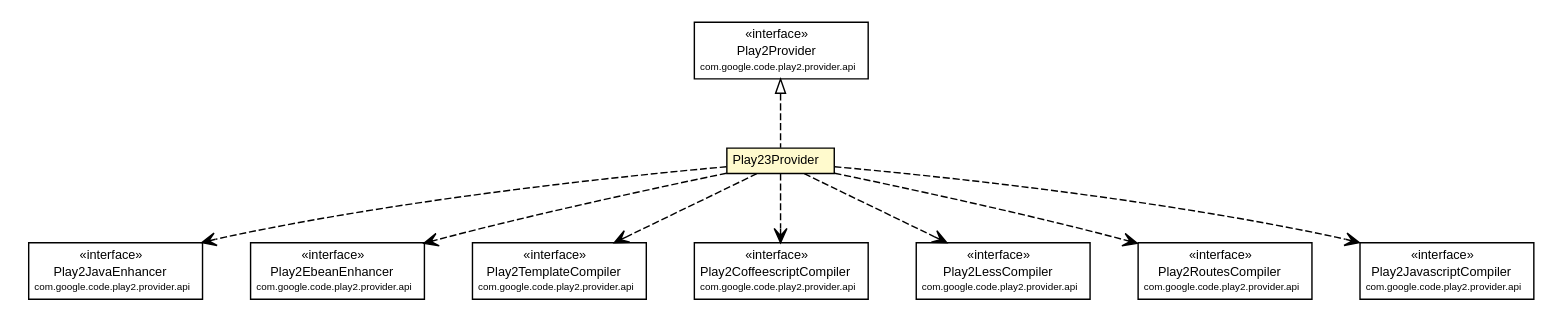
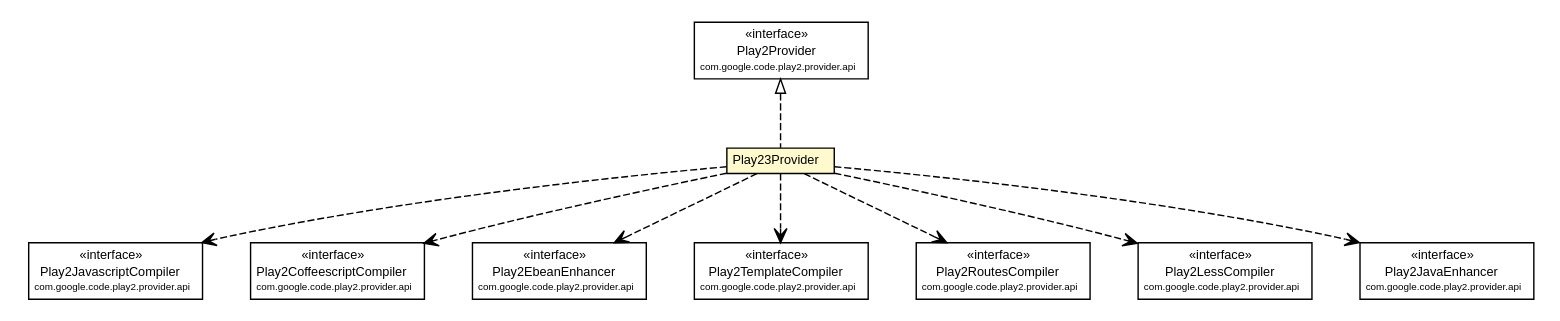
One commit to wouterhardeman/play2-maven-plugin changed the diagram in mavensite/1.0.0-alpha8/play2-providers/play2-provider-play23/apidocs/com/google/code/play2/provider/play23/Play23Provider.dot. Above: the diagram before and after it, drawn with Graphviz. The commit also changed 599 other files, not shown here.

```diff
--- a/mavensite/1.0.0-alpha8/play2-providers/play2-provider-play23/apidocs/com/google/code/play2/provider/play23/Play23Provider.dot
+++ b/mavensite/1.0.0-alpha8/play2-providers/play2-provider-play23/apidocs/com/google/code/play2/provider/play23/Play23Provider.dot
@@ -17,82 +17,82 @@
 		</table>>, URL="./Play23Provider.html", fontname="arial", fontcolor="black", fontsize=9.0];
 	//com.google.code.play2.provider.play23.Play23Provider implements com.google.code.play2.provider.api.Play2Provider
 	c186:p -> c177:p [dir=back,arrowtail=empty,style=dashed];
+	// com.google.code.play2.provider.play23.Play23Provider DEPEND com.google.code.play2.provider.api.Play2JavascriptCompiler
+	c177:p -> c187:p [taillabel="", label="", headlabel="", fontname="arial", fontcolor="black", fontsize=10.0, color="black", arrowhead=open, style=dashed];
+	// com.google.code.play2.provider.play23.Play23Provider DEPEND com.google.code.play2.provider.api.Play2CoffeescriptCompiler
+	c177:p -> c188:p [taillabel="", label="", headlabel="", fontname="arial", fontcolor="black", fontsize=10.0, color="black", arrowhead=open, style=dashed];
+	// com.google.code.play2.provider.play23.Play23Provider DEPEND com.google.code.play2.provider.api.Play2EbeanEnhancer
+	c177:p -> c189:p [taillabel="", label="", headlabel="", fontname="arial", fontcolor="black", fontsize=10.0, color="black", arrowhead=open, style=dashed];
+	// com.google.code.play2.provider.play23.Play23Provider DEPEND com.google.code.play2.provider.api.Play2TemplateCompiler
+	c177:p -> c190:p [taillabel="", label="", headlabel="", fontname="arial", fontcolor="black", fontsize=10.0, color="black", arrowhead=open, style=dashed];
+	// com.google.code.play2.provider.play23.Play23Provider DEPEND com.google.code.play2.provider.api.Play2RoutesCompiler
+	c177:p -> c191:p [taillabel="", label="", headlabel="", fontname="arial", fontcolor="black", fontsize=10.0, color="black", arrowhead=open, style=dashed];
+	// com.google.code.play2.provider.play23.Play23Provider DEPEND com.google.code.play2.provider.api.Play2LessCompiler
+	c177:p -> c192:p [taillabel="", label="", headlabel="", fontname="arial", fontcolor="black", fontsize=10.0, color="black", arrowhead=open, style=dashed];
 	// com.google.code.play2.provider.play23.Play23Provider DEPEND com.google.code.play2.provider.api.Play2JavaEnhancer
-	c177:p -> c187:p [taillabel="", label="", headlabel="", fontname="arial", fontcolor="black", fontsize=10.0, color="black", arrowhead=open, style=dashed];
-	// com.google.code.play2.provider.play23.Play23Provider DEPEND com.google.code.play2.provider.api.Play2EbeanEnhancer
-	c177:p -> c188:p [taillabel="", label="", headlabel="", fontname="arial", fontcolor="black", fontsize=10.0, color="black", arrowhead=open, style=dashed];
-	// com.google.code.play2.provider.play23.Play23Provider DEPEND com.google.code.play2.provider.api.Play2TemplateCompiler
-	c177:p -> c189:p [taillabel="", label="", headlabel="", fontname="arial", fontcolor="black", fontsize=10.0, color="black", arrowhead=open, style=dashed];
-	// com.google.code.play2.provider.play23.Play23Provider DEPEND com.google.code.play2.provider.api.Play2CoffeescriptCompiler
-	c177:p -> c190:p [taillabel="", label="", headlabel="", fontname="arial", fontcolor="black", fontsize=10.0, color="black", arrowhead=open, style=dashed];
-	// com.google.code.play2.provider.play23.Play23Provider DEPEND com.google.code.play2.provider.api.Play2LessCompiler
-	c177:p -> c191:p [taillabel="", label="", headlabel="", fontname="arial", fontcolor="black", fontsize=10.0, color="black", arrowhead=open, style=dashed];
-	// com.google.code.play2.provider.play23.Play23Provider DEPEND com.google.code.play2.provider.api.Play2RoutesCompiler
-	c177:p -> c192:p [taillabel="", label="", headlabel="", fontname="arial", fontcolor="black", fontsize=10.0, color="black", arrowhead=open, style=dashed];
-	// com.google.code.play2.provider.play23.Play23Provider DEPEND com.google.code.play2.provider.api.Play2JavascriptCompiler
 	c177:p -> c193:p [taillabel="", label="", headlabel="", fontname="arial", fontcolor="black", fontsize=10.0, color="black", arrowhead=open, style=dashed];
 	// com.google.code.play2.provider.api.Play2EbeanEnhancer
-	c188 [label=<<table title="com.google.code.play2.provider.api.Play2EbeanEnhancer" border="0" cellborder="1" cellspacing="0" cellpadding="2" port="p" href="https://play2-maven-plugin.googlecode.com/svn/mavensite/1.0.0-alpha8-SNAPSHOT/play2-provider-api/apidocs/com/google/code/play2/provider/api/Play2EbeanEnhancer.html">
+	c189 [label=<<table title="com.google.code.play2.provider.api.Play2EbeanEnhancer" border="0" cellborder="1" cellspacing="0" cellpadding="2" port="p" href="https://play2-maven-plugin.googlecode.com/svn/mavensite/1.0.0-alpha8/play2-provider-api/apidocs/com/google/code/play2/provider/api/Play2EbeanEnhancer.html">
 		<tr><td><table border="0" cellspacing="0" cellpadding="1">
 <tr><td align="center" balign="center"> &#171;interface&#187; </td></tr>
 <tr><td align="center" balign="center"> Play2EbeanEnhancer </td></tr>
 <tr><td align="center" balign="center"><font point-size="7.0"> com.google.code.play2.provider.api </font></td></tr>
 		</table></td></tr>
-		</table>>, URL="https://play2-maven-plugin.googlecode.com/svn/mavensite/1.0.0-alpha8-SNAPSHOT/play2-provider-api/apidocs/com/google/code/play2/provider/api/Play2EbeanEnhancer.html", fontname="arial", fontcolor="black", fontsize=9.0];
+		</table>>, URL="https://play2-maven-plugin.googlecode.com/svn/mavensite/1.0.0-alpha8/play2-provider-api/apidocs/com/google/code/play2/provider/api/Play2EbeanEnhancer.html", fontname="arial", fontcolor="black", fontsize=9.0];
 	// com.google.code.play2.provider.api.Play2LessCompiler
-	c191 [label=<<table title="com.google.code.play2.provider.api.Play2LessCompiler" border="0" cellborder="1" cellspacing="0" cellpadding="2" port="p" href="https://play2-maven-plugin.googlecode.com/svn/mavensite/1.0.0-alpha8-SNAPSHOT/play2-provider-api/apidocs/com/google/code/play2/provider/api/Play2LessCompiler.html">
+	c192 [label=<<table title="com.google.code.play2.provider.api.Play2LessCompiler" border="0" cellborder="1" cellspacing="0" cellpadding="2" port="p" href="https://play2-maven-plugin.googlecode.com/svn/mavensite/1.0.0-alpha8/play2-provider-api/apidocs/com/google/code/play2/provider/api/Play2LessCompiler.html">
 		<tr><td><table border="0" cellspacing="0" cellpadding="1">
 <tr><td align="center" balign="center"> &#171;interface&#187; </td></tr>
 <tr><td align="center" balign="center"> Play2LessCompiler </td></tr>
 <tr><td align="center" balign="center"><font point-size="7.0"> com.google.code.play2.provider.api </font></td></tr>
 		</table></td></tr>
-		</table>>, URL="https://play2-maven-plugin.googlecode.com/svn/mavensite/1.0.0-alpha8-SNAPSHOT/play2-provider-api/apidocs/com/google/code/play2/provider/api/Play2LessCompiler.html", fontname="arial", fontcolor="black", fontsize=9.0];
+		</table>>, URL="https://play2-maven-plugin.googlecode.com/svn/mavensite/1.0.0-alpha8/play2-provider-api/apidocs/com/google/code/play2/provider/api/Play2LessCompiler.html", fontname="arial", fontcolor="black", fontsize=9.0];
 	// com.google.code.play2.provider.api.Play2CoffeescriptCompiler
-	c190 [label=<<table title="com.google.code.play2.provider.api.Play2CoffeescriptCompiler" border="0" cellborder="1" cellspacing="0" cellpadding="2" port="p" href="https://play2-maven-plugin.googlecode.com/svn/mavensite/1.0.0-alpha8-SNAPSHOT/play2-provider-api/apidocs/com/google/code/play2/provider/api/Play2CoffeescriptCompiler.html">
+	c188 [label=<<table title="com.google.code.play2.provider.api.Play2CoffeescriptCompiler" border="0" cellborder="1" cellspacing="0" cellpadding="2" port="p" href="https://play2-maven-plugin.googlecode.com/svn/mavensite/1.0.0-alpha8/play2-provider-api/apidocs/com/google/code/play2/provider/api/Play2CoffeescriptCompiler.html">
 		<tr><td><table border="0" cellspacing="0" cellpadding="1">
 <tr><td align="center" balign="center"> &#171;interface&#187; </td></tr>
 <tr><td align="center" balign="center"> Play2CoffeescriptCompiler </td></tr>
 <tr><td align="center" balign="center"><font point-size="7.0"> com.google.code.play2.provider.api </font></td></tr>
 		</table></td></tr>
-		</table>>, URL="https://play2-maven-plugin.googlecode.com/svn/mavensite/1.0.0-alpha8-SNAPSHOT/play2-provider-api/apidocs/com/google/code/play2/provider/api/Play2CoffeescriptCompiler.html", fontname="arial", fontcolor="black", fontsize=9.0];
+		</table>>, URL="https://play2-maven-plugin.googlecode.com/svn/mavensite/1.0.0-alpha8/play2-provider-api/apidocs/com/google/code/play2/provider/api/Play2CoffeescriptCompiler.html", fontname="arial", fontcolor="black", fontsize=9.0];
 	// com.google.code.play2.provider.api.Play2JavaEnhancer
-	c187 [label=<<table title="com.google.code.play2.provider.api.Play2JavaEnhancer" border="0" cellborder="1" cellspacing="0" cellpadding="2" port="p" href="https://play2-maven-plugin.googlecode.com/svn/mavensite/1.0.0-alpha8-SNAPSHOT/play2-provider-api/apidocs/com/google/code/play2/provider/api/Play2JavaEnhancer.html">
+	c193 [label=<<table title="com.google.code.play2.provider.api.Play2JavaEnhancer" border="0" cellborder="1" cellspacing="0" cellpadding="2" port="p" href="https://play2-maven-plugin.googlecode.com/svn/mavensite/1.0.0-alpha8/play2-provider-api/apidocs/com/google/code/play2/provider/api/Play2JavaEnhancer.html">
 		<tr><td><table border="0" cellspacing="0" cellpadding="1">
 <tr><td align="center" balign="center"> &#171;interface&#187; </td></tr>
 <tr><td align="center" balign="center"> Play2JavaEnhancer </td></tr>
 <tr><td align="center" balign="center"><font point-size="7.0"> com.google.code.play2.provider.api </font></td></tr>
 		</table></td></tr>
-		</table>>, URL="https://play2-maven-plugin.googlecode.com/svn/mavensite/1.0.0-alpha8-SNAPSHOT/play2-provider-api/apidocs/com/google/code/play2/provider/api/Play2JavaEnhancer.html", fontname="arial", fontcolor="black", fontsize=9.0];
+		</table>>, URL="https://play2-maven-plugin.googlecode.com/svn/mavensite/1.0.0-alpha8/play2-provider-api/apidocs/com/google/code/play2/provider/api/Play2JavaEnhancer.html", fontname="arial", fontcolor="black", fontsize=9.0];
 	// com.google.code.play2.provider.api.Play2RoutesCompiler
-	c192 [label=<<table title="com.google.code.play2.provider.api.Play2RoutesCompiler" border="0" cellborder="1" cellspacing="0" cellpadding="2" port="p" href="https://play2-maven-plugin.googlecode.com/svn/mavensite/1.0.0-alpha8-SNAPSHOT/play2-provider-api/apidocs/com/google/code/play2/provider/api/Play2RoutesCompiler.html">
+	c191 [label=<<table title="com.google.code.play2.provider.api.Play2RoutesCompiler" border="0" cellborder="1" cellspacing="0" cellpadding="2" port="p" href="https://play2-maven-plugin.googlecode.com/svn/mavensite/1.0.0-alpha8/play2-provider-api/apidocs/com/google/code/play2/provider/api/Play2RoutesCompiler.html">
 		<tr><td><table border="0" cellspacing="0" cellpadding="1">
 <tr><td align="center" balign="center"> &#171;interface&#187; </td></tr>
 <tr><td align="center" balign="center"> Play2RoutesCompiler </td></tr>
 <tr><td align="center" balign="center"><font point-size="7.0"> com.google.code.play2.provider.api </font></td></tr>
 		</table></td></tr>
-		</table>>, URL="https://play2-maven-plugin.googlecode.com/svn/mavensite/1.0.0-alpha8-SNAPSHOT/play2-provider-api/apidocs/com/google/code/play2/provider/api/Play2RoutesCompiler.html", fontname="arial", fontcolor="black", fontsize=9.0];
+		</table>>, URL="https://play2-maven-plugin.googlecode.com/svn/mavensite/1.0.0-alpha8/play2-provider-api/apidocs/com/google/code/play2/provider/api/Play2RoutesCompiler.html", fontname="arial", fontcolor="black", fontsize=9.0];
 	// com.google.code.play2.provider.api.Play2JavascriptCompiler
-	c193 [label=<<table title="com.google.code.play2.provider.api.Play2JavascriptCompiler" border="0" cellborder="1" cellspacing="0" cellpadding="2" port="p" href="https://play2-maven-plugin.googlecode.com/svn/mavensite/1.0.0-alpha8-SNAPSHOT/play2-provider-api/apidocs/com/google/code/play2/provider/api/Play2JavascriptCompiler.html">
+	c187 [label=<<table title="com.google.code.play2.provider.api.Play2JavascriptCompiler" border="0" cellborder="1" cellspacing="0" cellpadding="2" port="p" href="https://play2-maven-plugin.googlecode.com/svn/mavensite/1.0.0-alpha8/play2-provider-api/apidocs/com/google/code/play2/provider/api/Play2JavascriptCompiler.html">
 		<tr><td><table border="0" cellspacing="0" cellpadding="1">
 <tr><td align="center" balign="center"> &#171;interface&#187; </td></tr>
 <tr><td align="center" balign="center"> Play2JavascriptCompiler </td></tr>
 <tr><td align="center" balign="center"><font point-size="7.0"> com.google.code.play2.provider.api </font></td></tr>
 		</table></td></tr>
-		</table>>, URL="https://play2-maven-plugin.googlecode.com/svn/mavensite/1.0.0-alpha8-SNAPSHOT/play2-provider-api/apidocs/com/google/code/play2/provider/api/Play2JavascriptCompiler.html", fontname="arial", fontcolor="black", fontsize=9.0];
+		</table>>, URL="https://play2-maven-plugin.googlecode.com/svn/mavensite/1.0.0-alpha8/play2-provider-api/apidocs/com/google/code/play2/provider/api/Play2JavascriptCompiler.html", fontname="arial", fontcolor="black", fontsize=9.0];
 	// com.google.code.play2.provider.api.Play2Provider
-	c186 [label=<<table title="com.google.code.play2.provider.api.Play2Provider" border="0" cellborder="1" cellspacing="0" cellpadding="2" port="p" href="https://play2-maven-plugin.googlecode.com/svn/mavensite/1.0.0-alpha8-SNAPSHOT/play2-provider-api/apidocs/com/google/code/play2/provider/api/Play2Provider.html">
+	c186 [label=<<table title="com.google.code.play2.provider.api.Play2Provider" border="0" cellborder="1" cellspacing="0" cellpadding="2" port="p" href="https://play2-maven-plugin.googlecode.com/svn/mavensite/1.0.0-alpha8/play2-provider-api/apidocs/com/google/code/play2/provider/api/Play2Provider.html">
 		<tr><td><table border="0" cellspacing="0" cellpadding="1">
 <tr><td align="center" balign="center"> &#171;interface&#187; </td></tr>
 <tr><td align="center" balign="center"> Play2Provider </td></tr>
 <tr><td align="center" balign="center"><font point-size="7.0"> com.google.code.play2.provider.api </font></td></tr>
 		</table></td></tr>
-		</table>>, URL="https://play2-maven-plugin.googlecode.com/svn/mavensite/1.0.0-alpha8-SNAPSHOT/play2-provider-api/apidocs/com/google/code/play2/provider/api/Play2Provider.html", fontname="arial", fontcolor="black", fontsize=9.0];
+		</table>>, URL="https://play2-maven-plugin.googlecode.com/svn/mavensite/1.0.0-alpha8/play2-provider-api/apidocs/com/google/code/play2/provider/api/Play2Provider.html", fontname="arial", fontcolor="black", fontsize=9.0];
 	// com.google.code.play2.provider.api.Play2TemplateCompiler
-	c189 [label=<<table title="com.google.code.play2.provider.api.Play2TemplateCompiler" border="0" cellborder="1" cellspacing="0" cellpadding="2" port="p" href="https://play2-maven-plugin.googlecode.com/svn/mavensite/1.0.0-alpha8-SNAPSHOT/play2-provider-api/apidocs/com/google/code/play2/provider/api/Play2TemplateCompiler.html">
+	c190 [label=<<table title="com.google.code.play2.provider.api.Play2TemplateCompiler" border="0" cellborder="1" cellspacing="0" cellpadding="2" port="p" href="https://play2-maven-plugin.googlecode.com/svn/mavensite/1.0.0-alpha8/play2-provider-api/apidocs/com/google/code/play2/provider/api/Play2TemplateCompiler.html">
 		<tr><td><table border="0" cellspacing="0" cellpadding="1">
 <tr><td align="center" balign="center"> &#171;interface&#187; </td></tr>
 <tr><td align="center" balign="center"> Play2TemplateCompiler </td></tr>
 <tr><td align="center" balign="center"><font point-size="7.0"> com.google.code.play2.provider.api </font></td></tr>
 		</table></td></tr>
-		</table>>, URL="https://play2-maven-plugin.googlecode.com/svn/mavensite/1.0.0-alpha8-SNAPSHOT/play2-provider-api/apidocs/com/google/code/play2/provider/api/Play2TemplateCompiler.html", fontname="arial", fontcolor="black", fontsize=9.0];
+		</table>>, URL="https://play2-maven-plugin.googlecode.com/svn/mavensite/1.0.0-alpha8/play2-provider-api/apidocs/com/google/code/play2/provider/api/Play2TemplateCompiler.html", fontname="arial", fontcolor="black", fontsize=9.0];
 }
```
